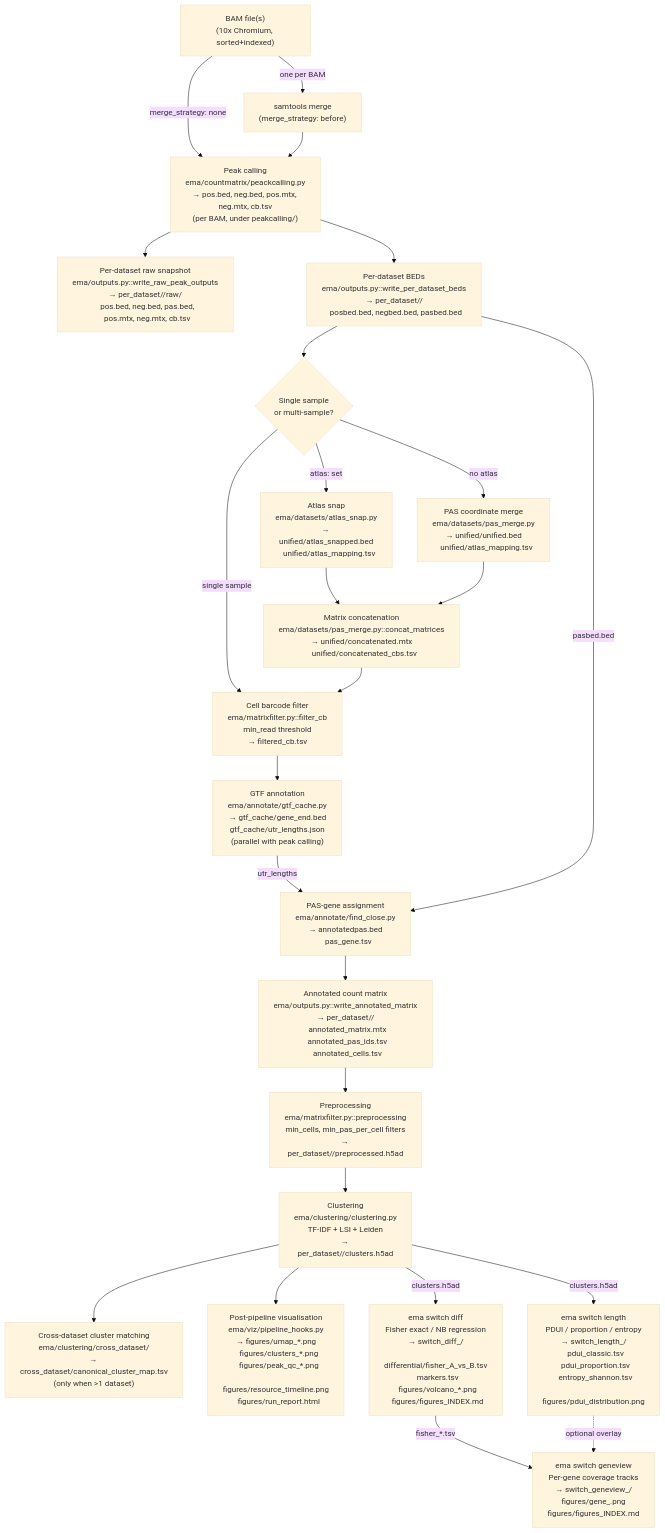
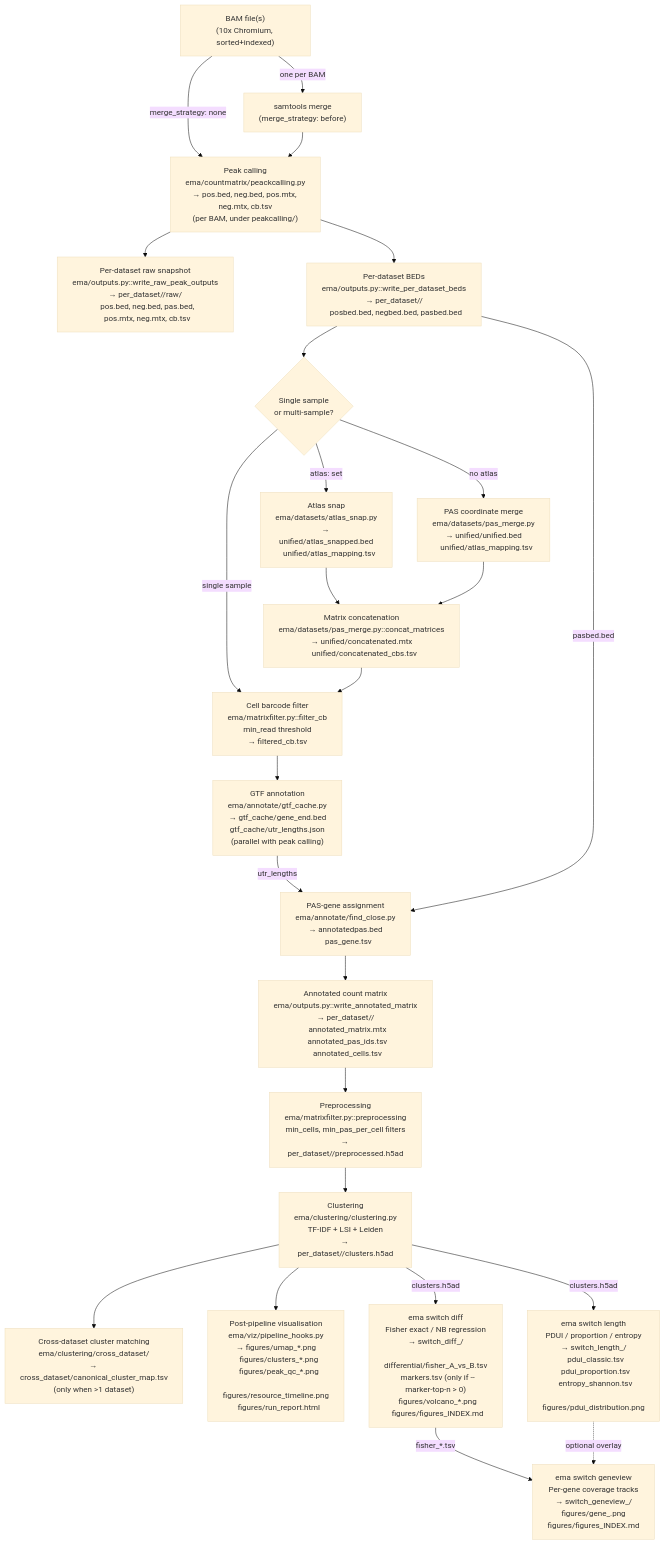
One commit to BMGLab/PeakATail changed the diagram in docs/concepts/data-flow.md. Above: the diagram before and after it, drawn with Mermaid (base theme). The commit also changed 9 other files, not shown here.

First line of the commit message:
fix(switch diff): compute the Fisher gene denominator from the full matrix

````diff
--- a/docs/concepts/data-flow.md
+++ b/docs/concepts/data-flow.md
@@ -7,49 +7,49 @@
 ```mermaid
 flowchart TD
     BAM["BAM file(s)\n(10x Chromium, sorted+indexed)"]
     MERGE["samtools merge\n(merge_strategy: before)"]
     PEAK["Peak calling\nema/countmatrix/peackcalling.py\n→ pos.bed, neg.bed, pos.mtx, neg.mtx, cb.tsv\n(per BAM, under peakcalling/)"]
     RAWSNAP["Per-dataset raw snapshot\nema/outputs.py::write_raw_peak_outputs\n→ per_dataset/<id>/raw/\n  pos.bed, neg.bed, pas.bed,\n  pos.mtx, neg.mtx, cb.tsv"]
     PERDATABED["Per-dataset BEDs\nema/outputs.py::write_per_dataset_beds\n→ per_dataset/<id>/\n  posbed.bed, negbed.bed, pasbed.bed"]
     UNIFY{"Single sample\nor multi-sample?"}
     ATLAS["Atlas snap\nema/datasets/atlas_snap.py\n→ unified/atlas_snapped.bed\n   unified/atlas_mapping.tsv"]
     MERGE2["PAS coordinate merge\nema/datasets/pas_merge.py\n→ unified/unified.bed\n   unified/atlas_mapping.tsv"]
     CONCAT["Matrix concatenation\nema/datasets/pas_merge.py::concat_matrices\n→ unified/concatenated.mtx\n   unified/concatenated_cbs.tsv"]
     CBFILTER["Cell barcode filter\nema/matrixfilter.py::filter_cb\nmin_read threshold\n→ filtered_cb.tsv"]
     GTF["GTF annotation\nema/annotate/gtf_cache.py\n→ gtf_cache/gene_end.bed\n   gtf_cache/utr_lengths.json\n(parallel with peak calling)"]
     FINDCLOSE["PAS-gene assignment\nema/annotate/find_close.py\n→ annotatedpas.bed\n   pas_gene.tsv"]
     ANNOTMATRIX["Annotated count matrix\nema/outputs.py::write_annotated_matrix\n→ per_dataset/<id>/\n  annotated_matrix.mtx\n  annotated_pas_ids.tsv\n  annotated_cells.tsv"]
     PREPROCESS["Preprocessing\nema/matrixfilter.py::preprocessing\nmin_cells, min_pas_per_cell filters\n→ per_dataset/<id>/preprocessed.h5ad"]
     CLUSTER["Clustering\nema/clustering/clustering.py\nTF-IDF + LSI + Leiden\n→ per_dataset/<id>/clusters.h5ad"]
     MATCH["Cross-dataset cluster matching\nema/clustering/cross_dataset/\n→ cross_dataset/canonical_cluster_map.tsv\n(only when >1 dataset)"]
     VIZ["Post-pipeline visualisation\nema/viz/pipeline_hooks.py\n→ figures/umap_*.png\n   figures/clusters_*.png\n   figures/peak_qc_*.png\n   figures/resource_timeline.png\n   figures/run_report.html"]
 
-    DIFF["ema switch diff\nFisher exact / NB regression\n→ switch_diff_<ts>/\n  differential/fisher_A_vs_B.tsv\n  markers.tsv\n  figures/volcano_*.png\n  figures/figures_INDEX.md"]
+    DIFF["ema switch diff\nFisher exact / NB regression\n→ switch_diff_<ts>/\n  differential/fisher_A_vs_B.tsv\n  markers.tsv (only if --marker-top-n > 0)\n  figures/volcano_*.png\n  figures/figures_INDEX.md"]
     LENGTH["ema switch length\nPDUI / proportion / entropy\n→ switch_length_<ts>/\n  pdui_classic.tsv\n  pdui_proportion.tsv\n  entropy_shannon.tsv\n  figures/pdui_distribution.png"]
     GENEVIEW["ema switch geneview\nPer-gene coverage tracks\n→ switch_geneview_<ts>/\n  figures/gene_<id>.png\n  figures/figures_INDEX.md"]
 
     BAM -->|one per BAM| MERGE
     BAM -->|merge_strategy: none| PEAK
     MERGE --> PEAK
     PEAK --> RAWSNAP
     PEAK --> PERDATABED
     PERDATABED --> UNIFY
     UNIFY -->|"atlas: set"| ATLAS
     UNIFY -->|no atlas| MERGE2
     UNIFY -->|single sample| CBFILTER
     ATLAS --> CONCAT
     MERGE2 --> CONCAT
     CONCAT --> CBFILTER
     CBFILTER --> GTF
     GTF -->|"utr_lengths"| FINDCLOSE
     PERDATABED -->|"pasbed.bed"| FINDCLOSE
     FINDCLOSE --> ANNOTMATRIX
     ANNOTMATRIX --> PREPROCESS
     PREPROCESS --> CLUSTER
     CLUSTER --> MATCH
     CLUSTER --> VIZ
     CLUSTER -->|"clusters.h5ad"| DIFF
     CLUSTER -->|"clusters.h5ad"| LENGTH
     DIFF -->|"fisher_*.tsv"| GENEVIEW
     LENGTH -.->|"optional overlay"| GENEVIEW
 ```
````
